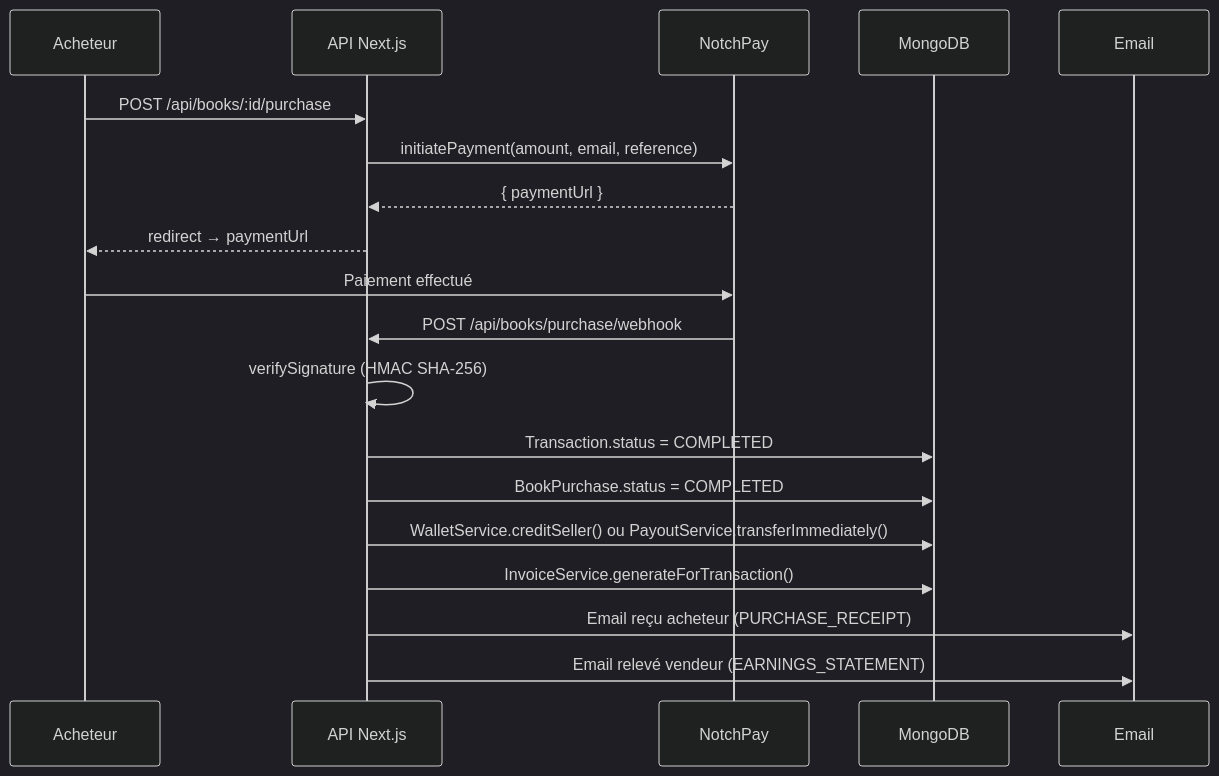
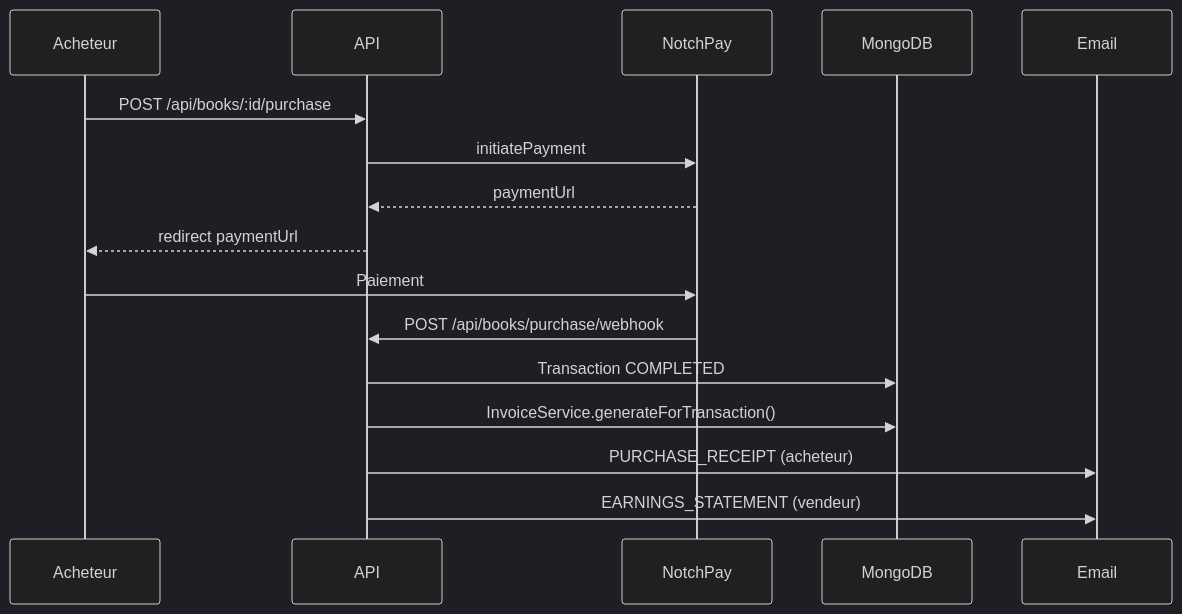
Before and after one commit to M4M-OVERALLS/xkorienta-back: the first of 2 diagrams in docs/frontend-integration/FACTURATION.md, drawn with Mermaid (dark theme). The commit also changed other lines of this file and 3 other files, not shown here.

````diff
--- a/docs/frontend-integration/FACTURATION.md
+++ b/docs/frontend-integration/FACTURATION.md
@@ -109,23 +149,20 @@
 ```mermaid
 sequenceDiagram
     participant A as Acheteur
-    participant API as API Next.js
+    participant API as API
     participant NP as NotchPay
     participant DB as MongoDB
     participant Mail as Email
 
     A->>API: POST /api/books/:id/purchase
-    API->>NP: initiatePayment(amount, email, reference)
-    NP-->>API: { paymentUrl }
-    API-->>A: redirect → paymentUrl
+    API->>NP: initiatePayment
+    NP-->>API: paymentUrl
+    API-->>A: redirect paymentUrl
 
-    A->>NP: Paiement effectué
+    A->>NP: Paiement
     NP->>API: POST /api/books/purchase/webhook
-    API->>API: verifySignature (HMAC SHA-256)
-    API->>DB: Transaction.status = COMPLETED
-    API->>DB: BookPurchase.status = COMPLETED
-    API->>DB: WalletService.creditSeller() ou PayoutService.transferImmediately()
+    API->>DB: Transaction COMPLETED
     API->>DB: InvoiceService.generateForTransaction()
-    API->>Mail: Email reçu acheteur (PURCHASE_RECEIPT)
-    API->>Mail: Email relevé vendeur (EARNINGS_STATEMENT)
+    API->>Mail: PURCHASE_RECEIPT (acheteur)
+    API->>Mail: EARNINGS_STATEMENT (vendeur)
 ```
````
